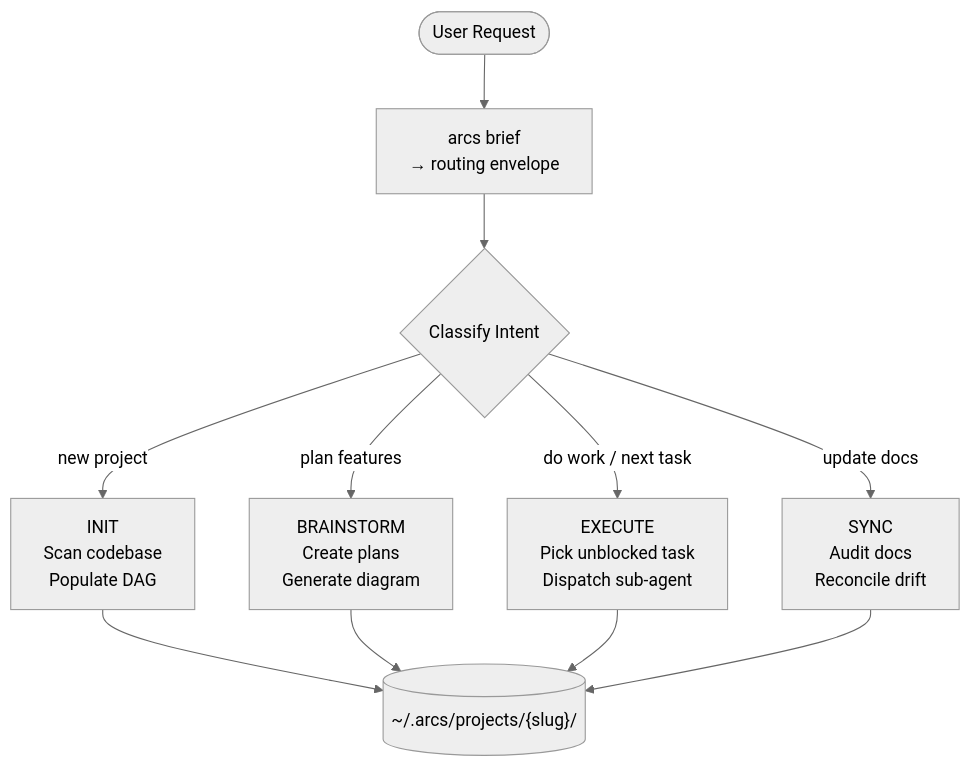
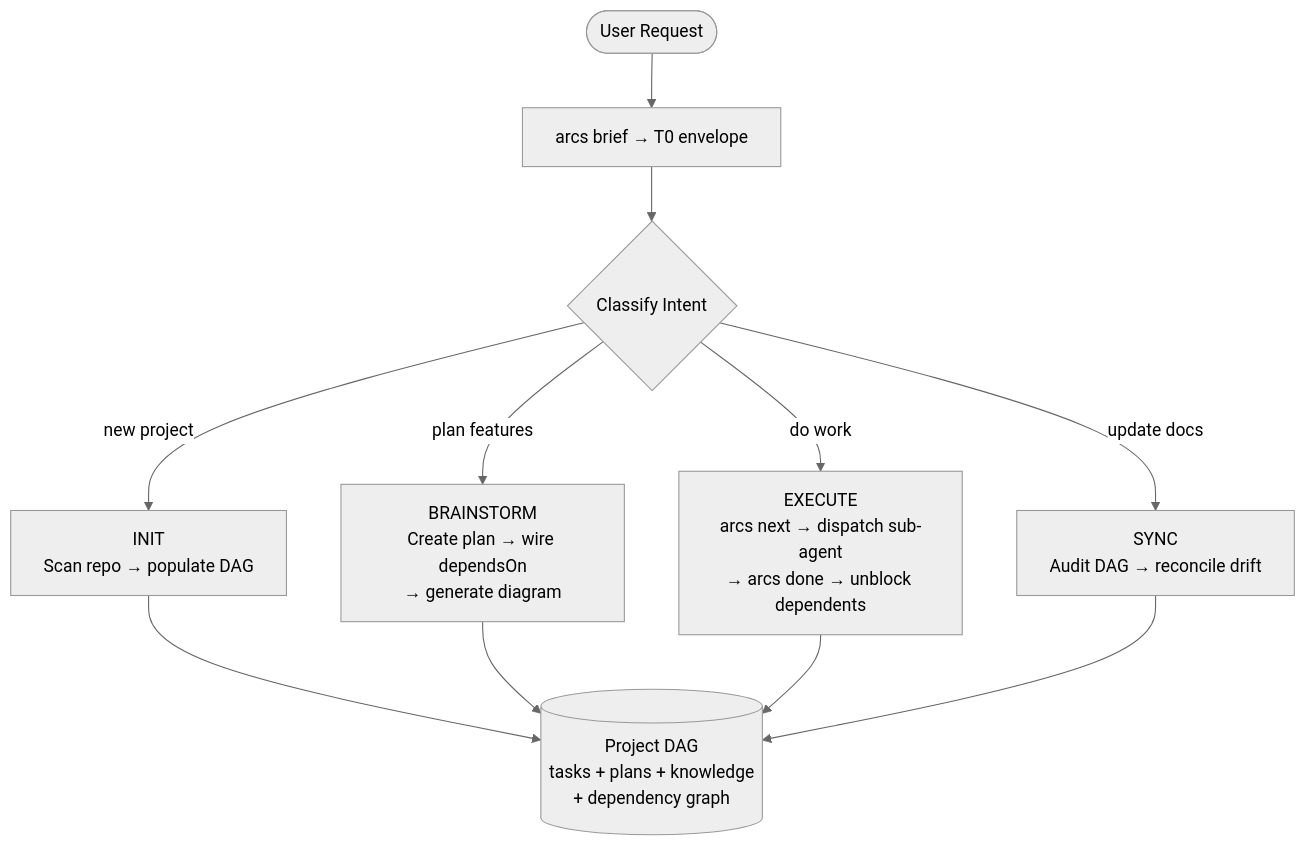
Before and after one commit to rryando/SPOC: the second of 2 diagrams in README.md, drawn with Mermaid (neutral theme). The commit also changed other lines of this file and 2 other files, not shown here.

````diff
--- a/README.md
+++ b/README.md
@@ -66,20 +99,20 @@
 ```mermaid
 flowchart TD
     User(["User Request"])
-    T0["arcs brief\n→ routing envelope"]
+    T0["arcs brief → T0 envelope"]
     Classify{"Classify Intent"}
 
-    Init["INIT\nScan codebase\nPopulate DAG"]
-    Brain["BRAINSTORM\nCreate plans\nGenerate diagram"]
-    Exec["EXECUTE\nPick unblocked task\nDispatch sub-agent"]
-    Sync["SYNC\nAudit docs\nReconcile drift"]
+    Init["INIT\nScan repo → populate DAG"]
+    Brain["BRAINSTORM\nCreate plan → wire dependsOn\n→ generate diagram"]
+    Exec["EXECUTE\narcs next → dispatch sub-agent\n→ arcs done → unblock dependents"]
+    Sync["SYNC\nAudit DAG → reconcile drift"]
 
-    DAG[("~/.arcs/projects/{slug}/")]
+    DAG[("Project DAG\ntasks + plans + knowledge\n+ dependency graph")]
 
     User --> T0 --> Classify
     Classify -- "new project" --> Init
     Classify -- "plan features" --> Brain
-    Classify -- "do work / next task" --> Exec
+    Classify -- "do work" --> Exec
     Classify -- "update docs" --> Sync
     Init & Brain & Exec & Sync --> DAG
 ```
````
